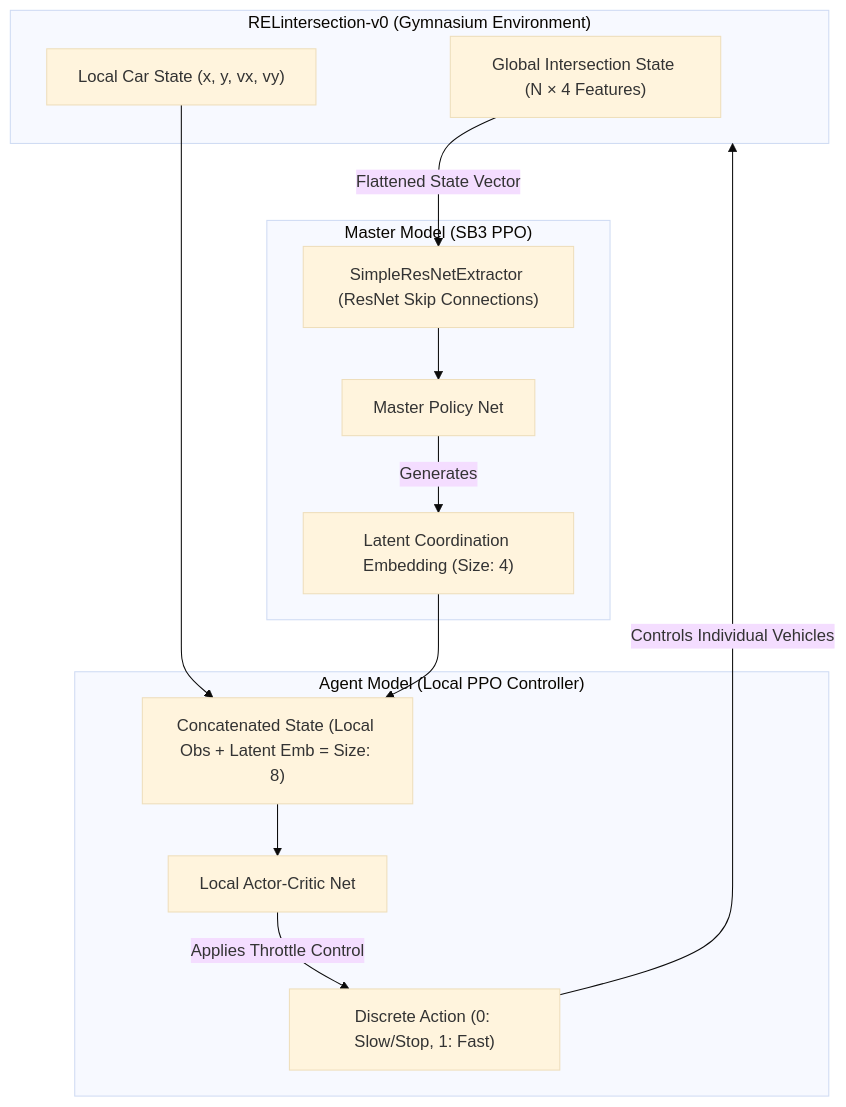
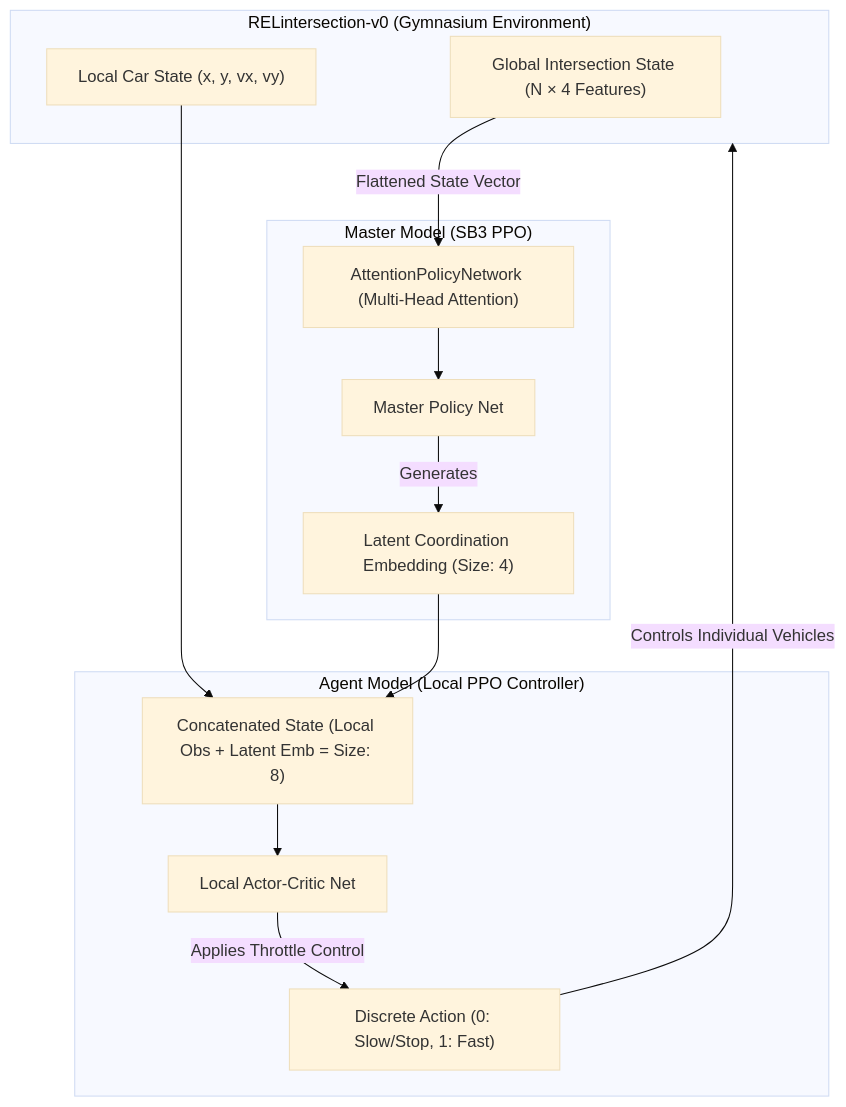
One commit to DRL-Research/RL changed the first of 2 diagrams in README.md. Above: the diagram before and after it, drawn with Mermaid (base theme). The commit also changed other lines of this file, not shown here.

````diff
--- a/README.md
+++ b/README.md
@@ -30,30 +30,30 @@
 ```mermaid
 graph TD
     subgraph Env ["RELintersection-v0 (Gymnasium Environment)"]
         EnvState["Global Intersection State (N × 4 Features)"]
         LocalObs["Local Car State (x, y, vx, vy)"]
     end
 
     subgraph Master ["Master Model (SB3 PPO)"]
-        ResNet["SimpleResNetExtractor (ResNet Skip Connections)"]
+        Attention["AttentionPolicyNetwork (Multi-Head Attention)"]
         MasterPPO["Master Policy Net"]
         LatentEmb["Latent Coordination Embedding (Size: 4)"]
     end
 
     subgraph Agent ["Agent Model (Local PPO Controller)"]
         ConcatState["Concatenated State (Local Obs + Latent Emb = Size: 8)"]
         AgentPPO["Local Actor-Critic Net"]
         DiscreteAction["Discrete Action (0: Slow/Stop, 1: Fast)"]
     end
 
     %% Relationships
-    EnvState -->|"Flattened State Vector"| ResNet
-    ResNet --> MasterPPO
+    EnvState -->|"Flattened State Vector"| Attention
+    Attention --> MasterPPO
     MasterPPO -->|"Generates"| LatentEmb
 
     LocalObs --> ConcatState
     LatentEmb --> ConcatState
     ConcatState --> AgentPPO
     AgentPPO -->|"Applies Throttle Control"| DiscreteAction
     DiscreteAction -->|"Controls Individual Vehicles"| Env
 ```
````
